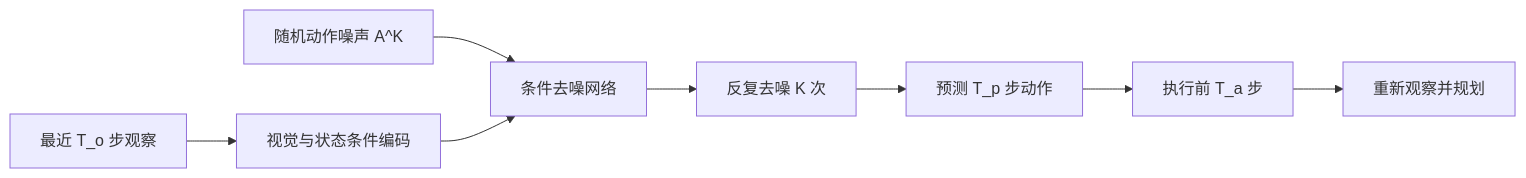
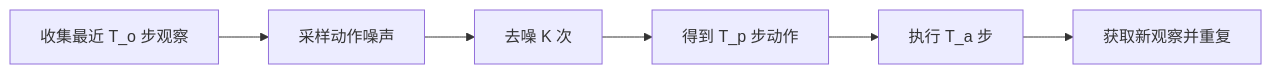
Before and after one commit to YangLee019/VLA-Learning: the first of 2 diagrams in 00-foundations/notes/02-Diffusion-Policy.md, drawn with Mermaid. The commit also changed other lines of this file and 5 other files, not shown here.

````diff
--- a/00-foundations/notes/02-Diffusion-Policy.md
+++ b/00-foundations/notes/02-Diffusion-Policy.md
@@ -11,10 +22,8 @@
 ```mermaid
 flowchart LR
-    O[最近 T_o 步观察] --> C[视觉与状态条件编码]
-    N[随机动作噪声 A^K] --> D[条件去噪网络]
-    C --> D
-    D --> R[反复去噪 K 次]
-    R --> P[预测 T_p 步动作]
-    P --> X[执行前 T_a 步]
-    X --> O2[重新观察并规划]
+    O[收集最近 T_o 步观察] --> N[采样动作噪声]
+    N --> D[去噪 K 次]
+    D --> P[得到 T_p 步动作]
+    P --> E[执行 T_a 步]
+    E --> O2[获取新观察并重复]
 ```
````
